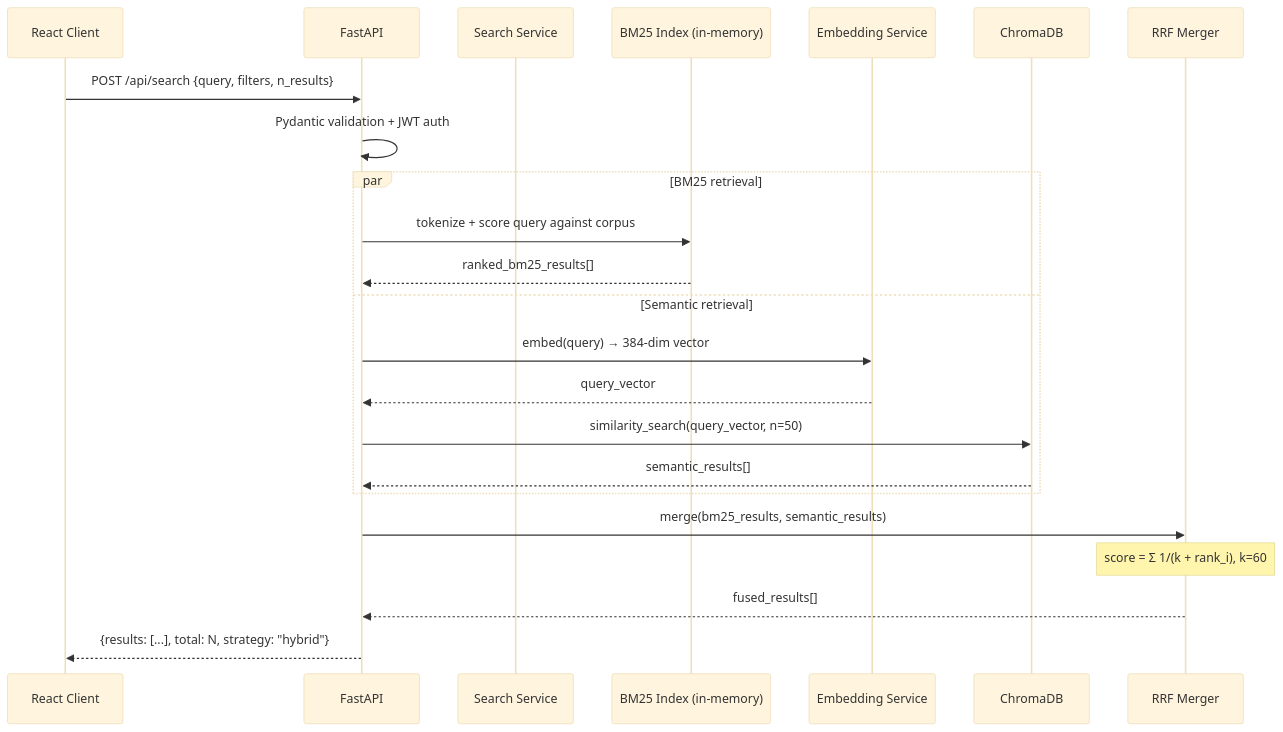
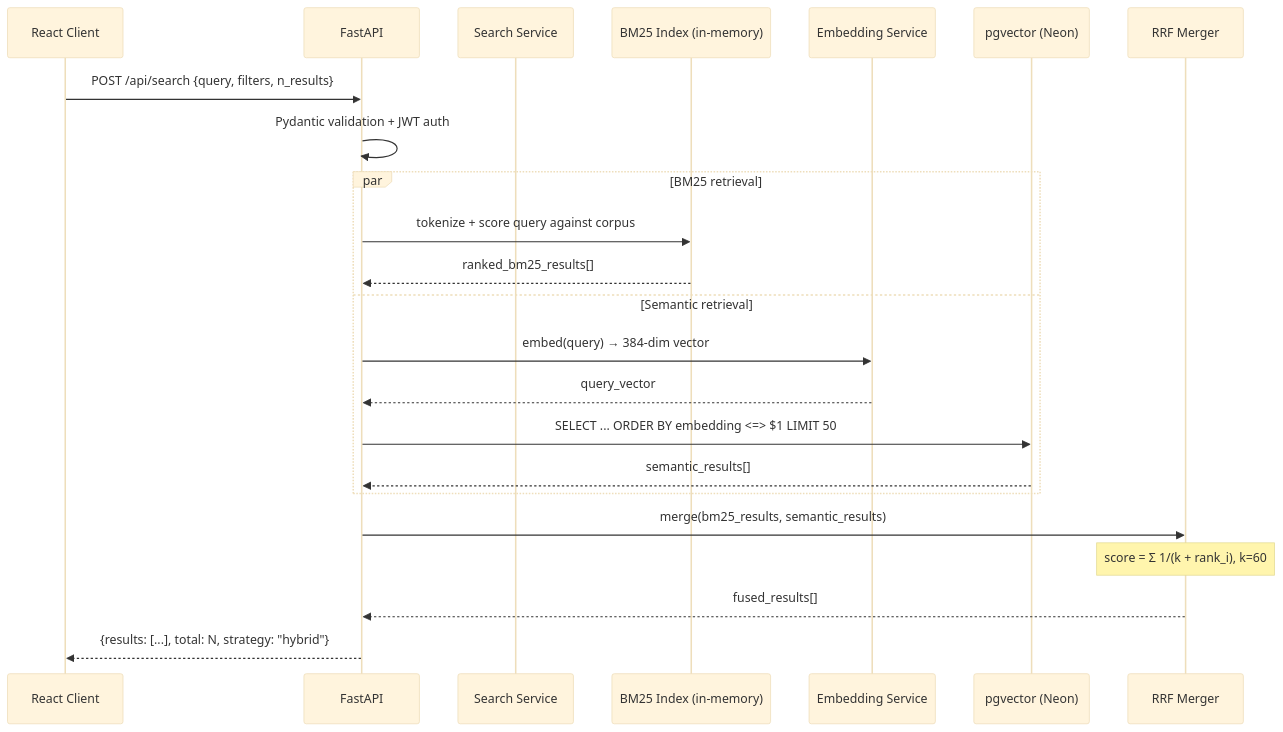
One commit to keerthanajothiramesh/AI-Powered-Messaging-Platform changed the first of 3 diagrams in docs/data-flow/retrieval-flow.md. Above: the diagram before and after it, drawn with Mermaid (base theme). The commit also changed other lines of this file and 10 other files, not shown here.

First line of the commit message:
fix: replace all ChromaDB references with pgvector across codebase and docs

````diff
--- a/docs/data-flow/retrieval-flow.md
+++ b/docs/data-flow/retrieval-flow.md
@@ -9,29 +9,29 @@
 ```mermaid
 sequenceDiagram
     participant Client as React Client
     participant API as FastAPI
     participant SearchSvc as Search Service
     participant BM25 as BM25 Index (in-memory)
     participant EmbSvc as Embedding Service
-    participant Chroma as ChromaDB
+    participant PGVec as pgvector (Neon)
     participant RRF as RRF Merger
 
     Client->>API: POST /api/search {query, filters, n_results}
     API->>API: Pydantic validation + JWT auth
 
     par BM25 retrieval
         API->>BM25: tokenize + score query against corpus
         BM25-->>API: ranked_bm25_results[]
     and Semantic retrieval
         API->>EmbSvc: embed(query) → 384-dim vector
         EmbSvc-->>API: query_vector
-        API->>Chroma: similarity_search(query_vector, n=50)
-        Chroma-->>API: semantic_results[]
+        API->>PGVec: SELECT ... ORDER BY embedding <=> $1 LIMIT 50
+        PGVec-->>API: semantic_results[]
     end
 
     API->>RRF: merge(bm25_results, semantic_results)
     Note over RRF: score = Σ 1/(k + rank_i), k=60
     RRF-->>API: fused_results[]
 
     API-->>Client: {results: [...], total: N, strategy: "hybrid"}
 ```
````
